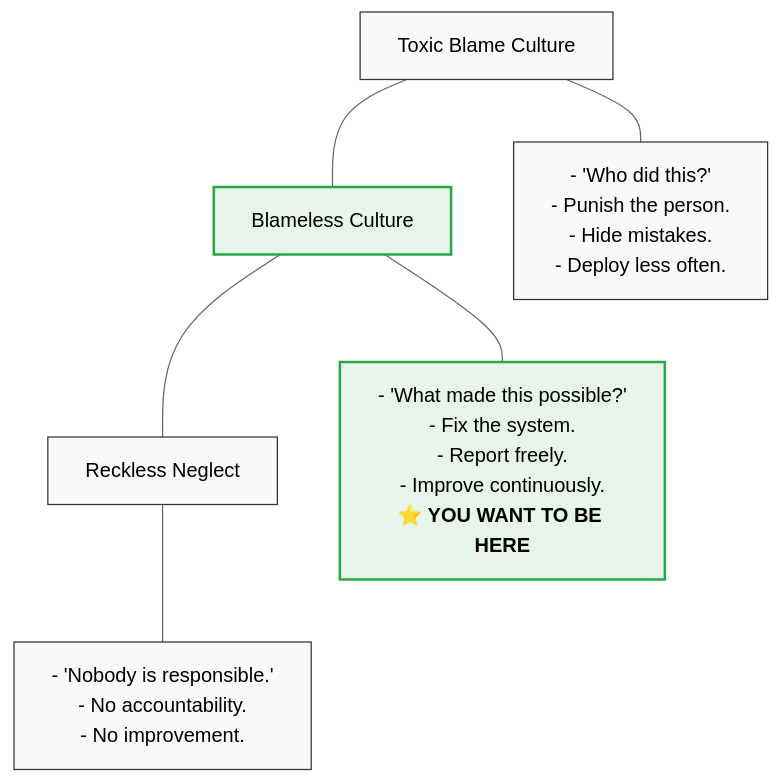
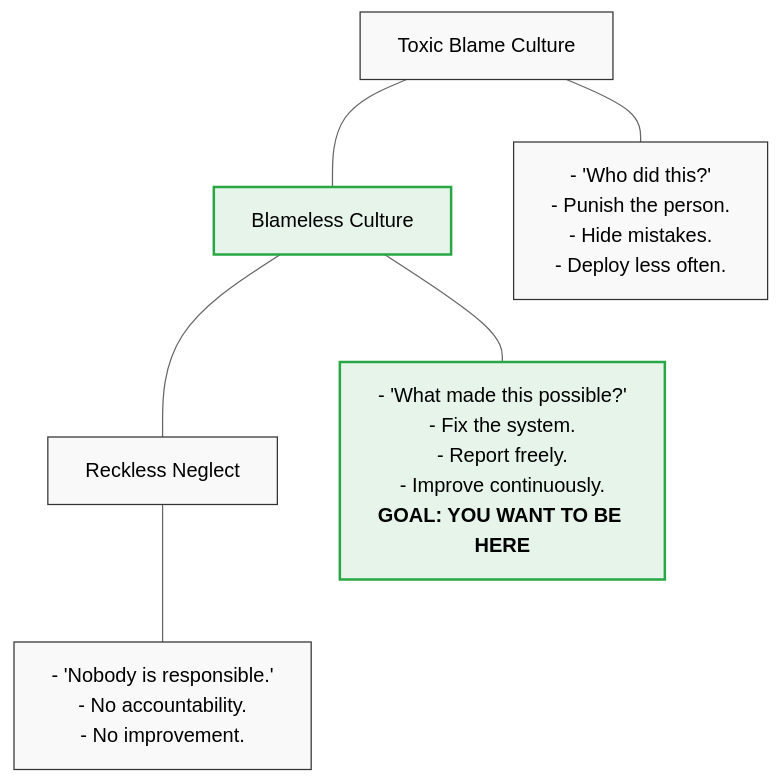
One commit to krisztiankoos/kubedojo changed the second of 6 diagrams in src/content/docs/platform/foundations/engineering-leadership/module-1.2-postmortems.md. Above: the diagram before and after it, drawn with Mermaid (neutral theme). The commit also changed other lines of this file, not shown here.

````diff
--- a/src/content/docs/platform/foundations/engineering-leadership/module-1.2-postmortems.md
+++ b/src/content/docs/platform/foundations/engineering-leadership/module-1.2-postmortems.md
@@ -99,17 +99,17 @@
 ```mermaid
 graph TD
     A["Toxic Blame Culture"] --- B["Blameless Culture"]
     B --- C["Reckless Neglect"]
     
     A_Desc["- 'Who did this?'<br/>- Punish the person.<br/>- Hide mistakes.<br/>- Deploy less often."]
-    B_Desc["- 'What made this possible?'<br/>- Fix the system.<br/>- Report freely.<br/>- Improve continuously.<br/><b>⭐ YOU WANT TO BE HERE</b>"]
+    B_Desc["- 'What made this possible?'<br/>- Fix the system.<br/>- Report freely.<br/>- Improve continuously.<br/><b>GOAL: YOU WANT TO BE HERE</b>"]
     C_Desc["- 'Nobody is responsible.'<br/>- No accountability.<br/>- No improvement."]
     
     A --- A_Desc
     B --- B_Desc
     C --- C_Desc
     
     classDef default fill:#f9f9f9,stroke:#333,stroke-width:1px;
     classDef target fill:#e6f4ea,stroke:#28a745,stroke-width:2px;
     class B,B_Desc target;
 ```
````
